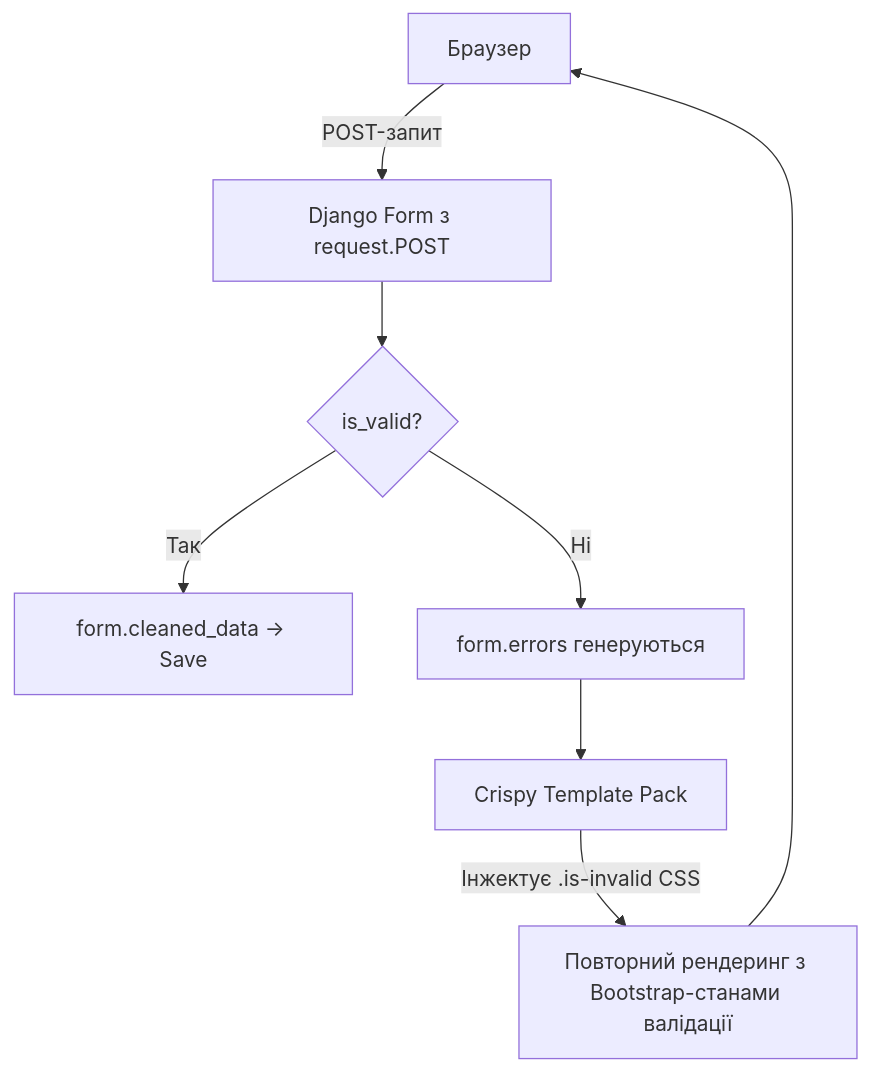
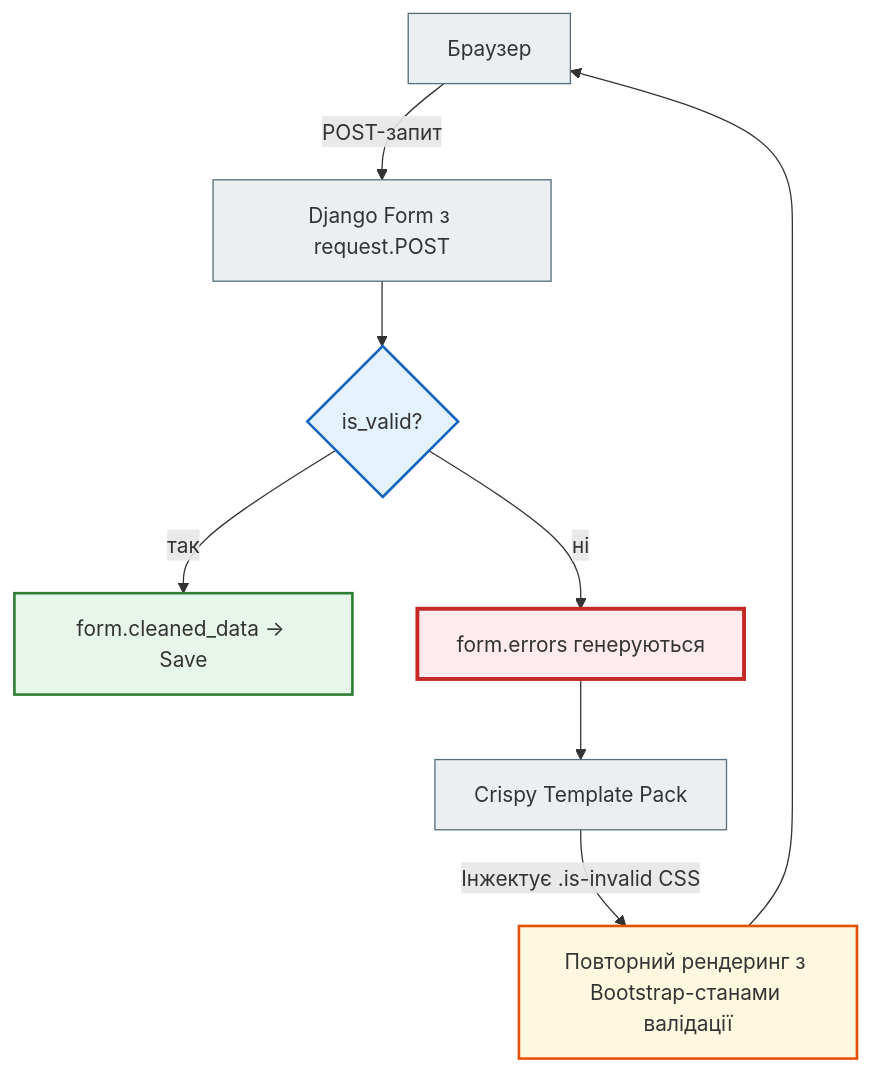
One commit to NikoriakViktot/notes_chat_app changed diagram 11 of 11 in docs/05_frontend_and_templates/design_foundations_full.md. Above: the diagram before and after it, drawn with Mermaid. The commit also changed other lines of this file and 441 other files, not shown here.

First line of the commit message:
Add English version of the book, Mermaid standard, docs fixes

````diff
--- a/docs/05_frontend_and_templates/design_foundations_full.md
+++ b/docs/05_frontend_and_templates/design_foundations_full.md
@@ -771,10 +841,21 @@
 ```mermaid
 graph TD
     A[Браузер] -->|POST-запит| B[Django Form з request.POST]
     B --> C{is_valid?}
-    C -->|Так| D[form.cleaned_data → Save]
-    C -->|Ні| E[form.errors генеруються]
+    C -->|так| D[form.cleaned_data → Save]
+    C -->|ні| E[form.errors генеруються]
     E --> F[Crispy Template Pack]
     F -->|Інжектує .is-invalid CSS| G[Повторний рендеринг з Bootstrap-станами валідації]
     G --> A
+
+    classDef step     fill:#eceff1,stroke:#546e7a,stroke-width:1px;
+    classDef decision fill:#e3f2fd,stroke:#1565c0,stroke-width:2px;
+    classDef success  fill:#e8f5e9,stroke:#2e7d32,stroke-width:2px;
+    classDef error    fill:#ffebee,stroke:#c62828,stroke-width:3px;
+    classDef warning  fill:#fff8e1,stroke:#e65100,stroke-width:2px;
+    class A,B,F step;
+    class C decision;
+    class D success;
+    class E error;
+    class G warning;
 ```
````
